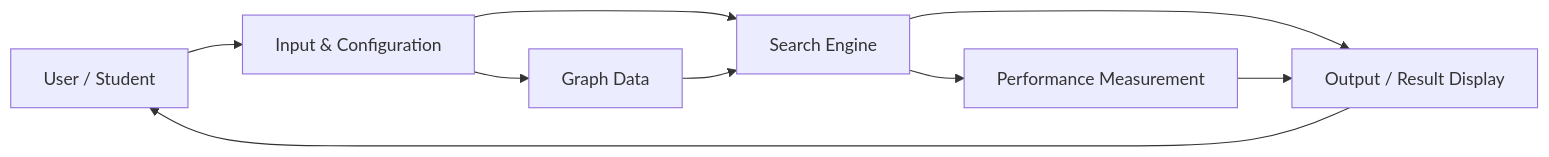
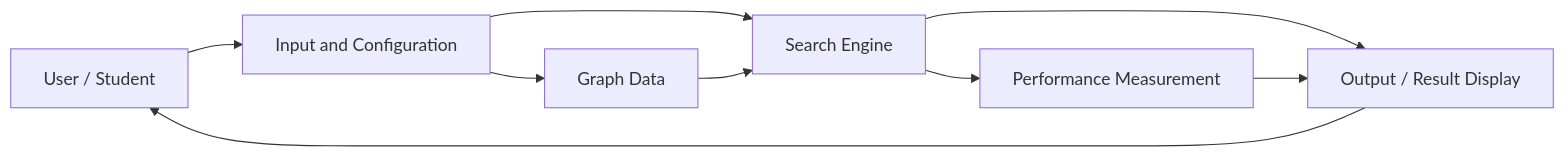
Before and after one commit to rutujapatil2309-tech/IAI_SLE3: the second of 3 diagrams in docs/C4_MODEL.md, drawn with Mermaid. The commit also changed other lines of this file, not shown here.

Commit message:
Fix Mermaid syntax in C4 Level 3 component diagram

```diff
--- a/docs/C4_MODEL.md
+++ b/docs/C4_MODEL.md
@@ -15,11 +15,11 @@
 ~~~mermaid
 flowchart LR
-    U[User / Student] --> I[Input & Configuration]
+    U[User / Student] --> I[Input and Configuration]
     I --> G[Graph Data]
     I --> E[Search Engine]
     G --> E
     E --> T[Performance Measurement]
     E --> O[Output / Result Display]
     T --> O
     O --> U
 ~~~
```
